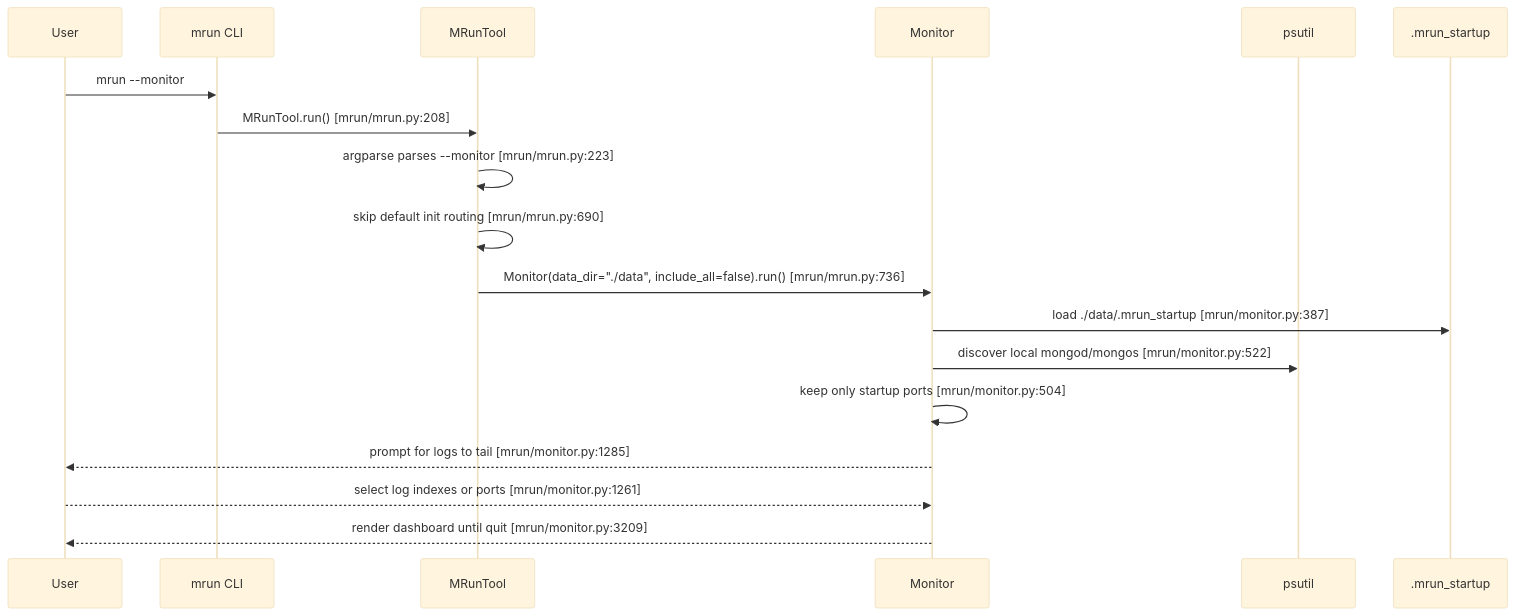
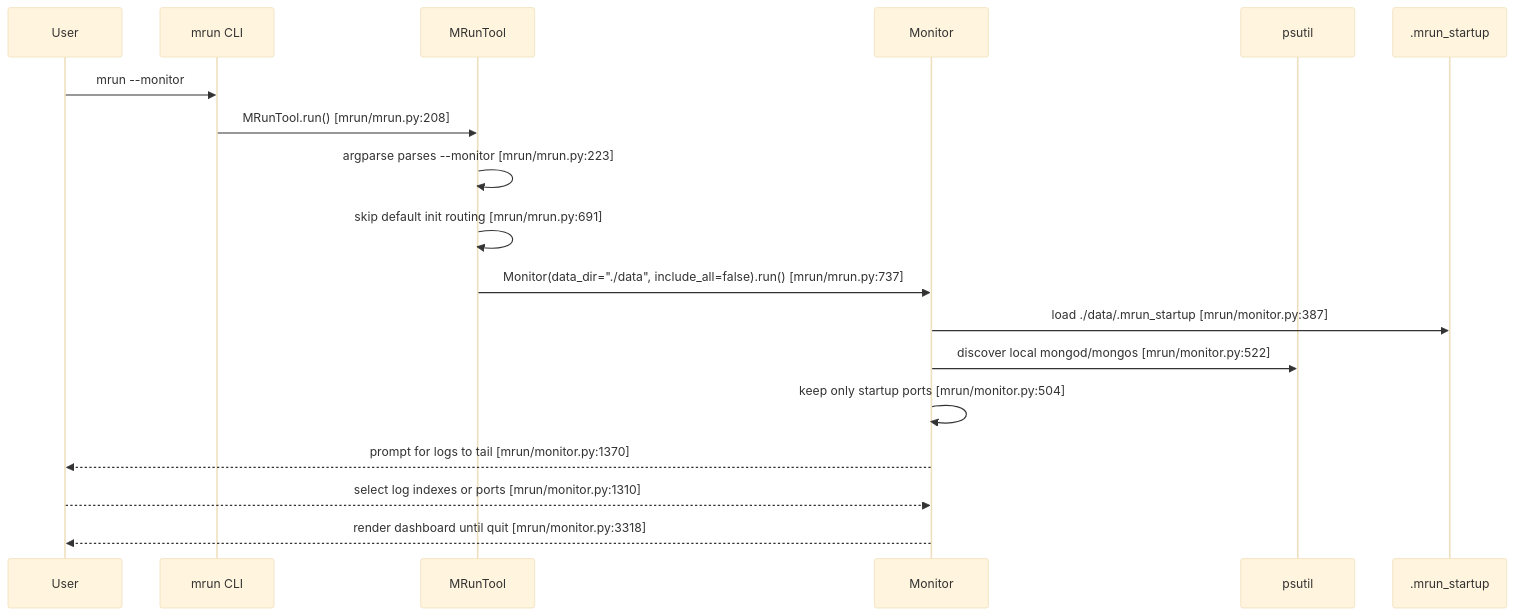
Before and after one commit to mongodb/mlaunch: the first of 12 diagrams in doc/feature-monitor-guide.md, drawn with Mermaid (base theme). The commit also changed other lines of this file and 2 other files, not shown here.

````diff
--- a/doc/feature-monitor-guide.md
+++ b/doc/feature-monitor-guide.md
@@ -159,21 +162,21 @@
 ```mermaid
 sequenceDiagram
     participant User
     participant CLI as mrun CLI
     participant Tool as MRunTool
     participant Monitor as Monitor
     participant PS as psutil
     participant FS as .mrun_startup
 
     User->>CLI: mrun --monitor
     CLI->>Tool: MRunTool.run() [mrun/mrun.py:208]
     Tool->>Tool: argparse parses --monitor [mrun/mrun.py:223]
-    Tool->>Tool: skip default init routing [mrun/mrun.py:690]
-    Tool->>Monitor: Monitor(data_dir="./data", include_all=false).run() [mrun/mrun.py:736]
+    Tool->>Tool: skip default init routing [mrun/mrun.py:691]
+    Tool->>Monitor: Monitor(data_dir="./data", include_all=false).run() [mrun/mrun.py:737]
     Monitor->>FS: load ./data/.mrun_startup [mrun/monitor.py:387]
     Monitor->>PS: discover local mongod/mongos [mrun/monitor.py:522]
     Monitor->>Monitor: keep only startup ports [mrun/monitor.py:504]
-    Monitor-->>User: prompt for logs to tail [mrun/monitor.py:1285]
-    User-->>Monitor: select log indexes or ports [mrun/monitor.py:1261]
-    Monitor-->>User: render dashboard until quit [mrun/monitor.py:3209]
+    Monitor-->>User: prompt for logs to tail [mrun/monitor.py:1370]
+    User-->>Monitor: select log indexes or ports [mrun/monitor.py:1310]
+    Monitor-->>User: render dashboard until quit [mrun/monitor.py:3318]
 ```
````
